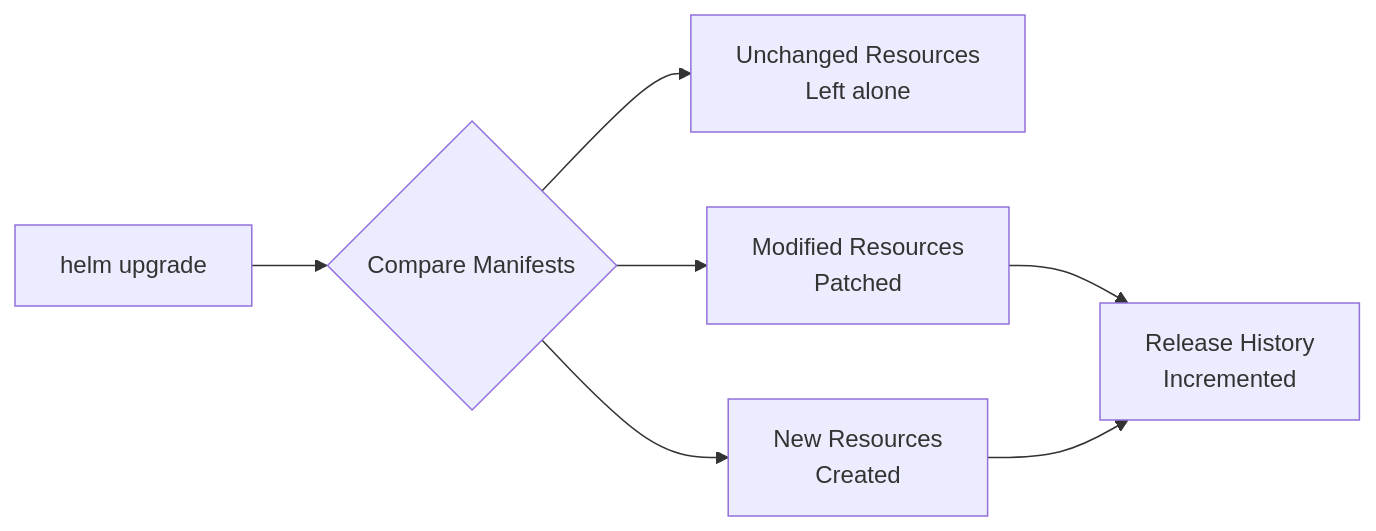
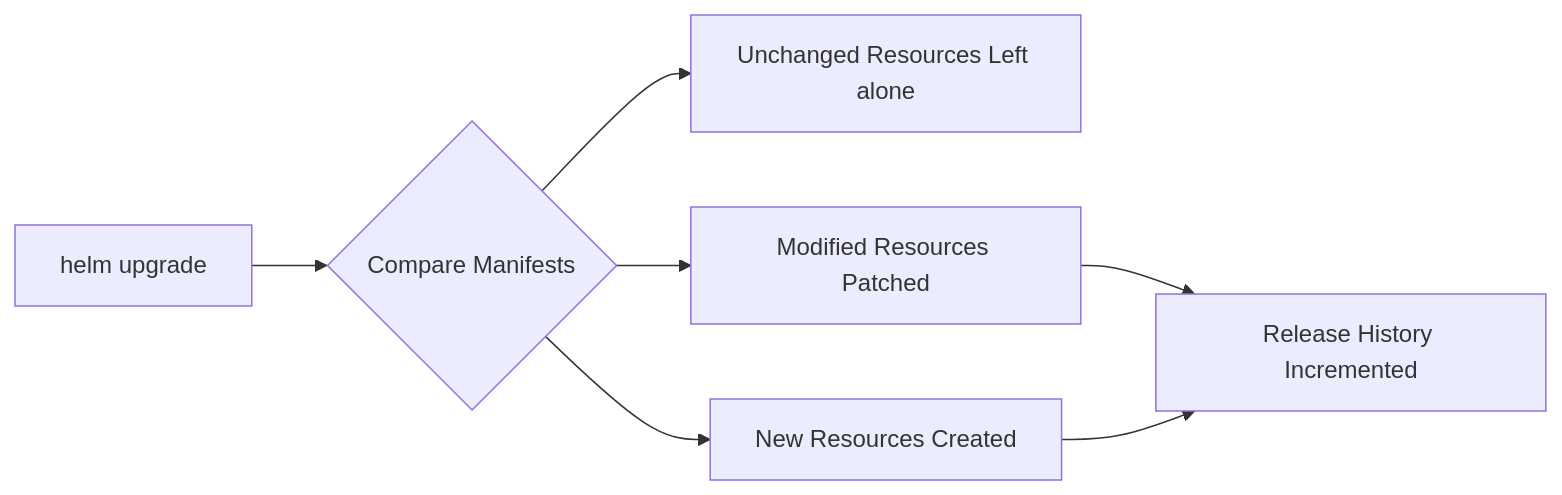
Before and after one commit to mihisara-koralage/linux-basics-notes: the first of 2 diagrams in day060-Kubernetes-Helm-Advanced.md, drawn with Mermaid.

Commit message:
Fix formatting in mermaid diagram for clarity

````diff
--- a/day060-Kubernetes-Helm-Advanced.md
+++ b/day060-Kubernetes-Helm-Advanced.md
@@ -99,9 +99,9 @@
 ```mermaid
 flowchart LR
     A[helm upgrade] --> B{Compare Manifests}
-    B --> C[Unchanged Resources \n Left alone]
-    B --> D[Modified Resources \n Patched]
-    B --> E[New Resources \n Created]
-    D --> F[Release History \nIncremented]
+    B --> C[Unchanged Resources Left alone]
+    B --> D[Modified Resources Patched]
+    B --> E[New Resources Created]
+    D --> F[Release History Incremented]
     E --> F
 ```
````
